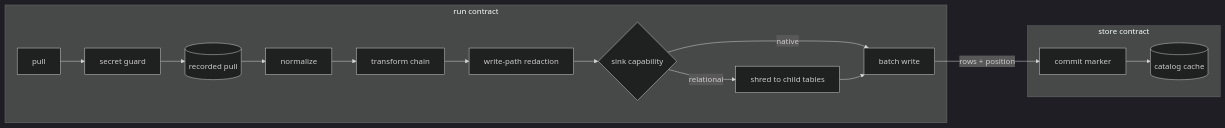
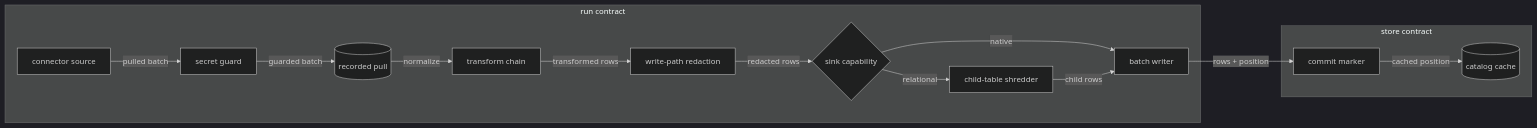
One commit to fractalboxdev/contextful changed the second of 4 diagrams in spec/31-pipeline.md. Above: the diagram before and after it, drawn with Mermaid (dark theme). The commit also changed other lines of this file and 31 other files, not shown here.

First line of the commit message:
spec: every diagram draws things as nodes and what flows as labelled edges

````diff
--- a/spec/31-pipeline.md
+++ b/spec/31-pipeline.md
@@ -175,19 +175,19 @@
 ```mermaid
 flowchart LR
   subgraph RUNC["run contract"]
-    P[pull] --> G[secret guard]
-    G --> J[(recorded pull)]
-    J --> N[normalize]
-    N --> T[transform chain]
-    T --> R[write-path redaction]
-    R --> S{sink capability}
-    S -->|native| W[batch write]
-    S -->|relational| X[shred to child tables] --> W
+    SRC["connector source"] -->|"pulled batch"| G["secret guard"]
+    G -->|"guarded batch"| J[("recorded pull")]
+    J -->|"normalize"| T["transform chain"]
+    T -->|"transformed rows"| R["write-path redaction"]
+    R -->|"redacted rows"| S{"sink capability"}
+    S -->|"native"| W["batch writer"]
+    S -->|"relational"| X["child-table shredder"]
+    X -->|"child rows"| W
   end
   subgraph STORE["store contract"]
     C["commit marker"]
-    K[(catalog cache)]
+    K[("catalog cache")]
   end
   W -->|"rows + position"| C
-  C --> K
+  C -->|"cached position"| K
 ```
````
